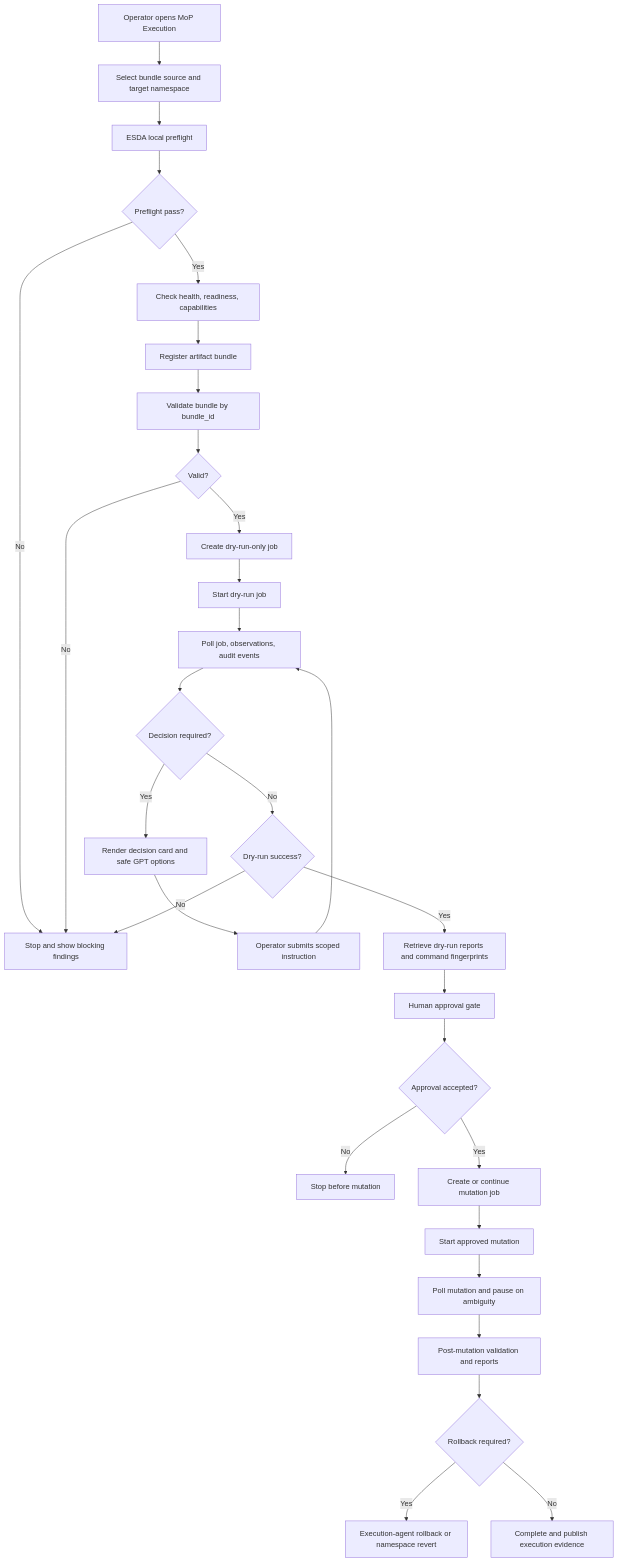
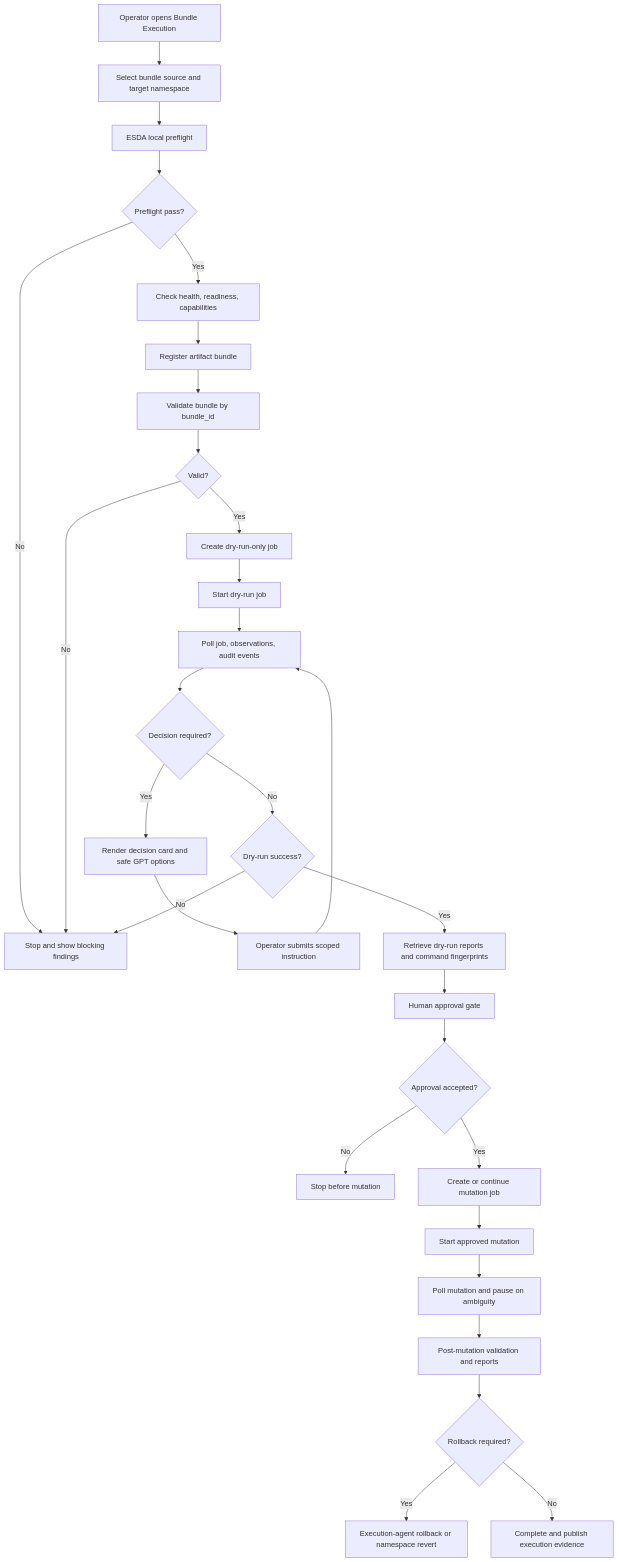
The eighth of 16 diagrams in knowledge-base/bosgenesis_esda_chatbot_lld.md (aveeshek/bosgenesis-esda), drawn with Mermaid before and after one commit. The commit also changed other lines of this file and 28 other files, not shown here.

````diff
--- a/knowledge-base/bosgenesis_esda_chatbot_lld.md
+++ b/knowledge-base/bosgenesis_esda_chatbot_lld.md
@@ -2227,32 +2248,32 @@
 ```mermaid
 flowchart TD
-    A[Operator opens MoP Execution] --> B[Select bundle source and target namespace]
+    A[Operator opens Bundle Execution] --> B[Select bundle source and target namespace]
     B --> C[ESDA local preflight]
     C --> D{Preflight pass?}
     D -->|No| X[Stop and show blocking findings]
     D -->|Yes| E[Check health, readiness, capabilities]
     E --> F[Register artifact bundle]
     F --> G[Validate bundle by bundle_id]
     G --> H{Valid?}
     H -->|No| X
     H -->|Yes| I[Create dry-run-only job]
     I --> J[Start dry-run job]
     J --> K[Poll job, observations, audit events]
     K --> L{Decision required?}
     L -->|Yes| M[Render decision card and safe GPT options]
     M --> N[Operator submits scoped instruction]
     N --> K
     L -->|No| O{Dry-run success?}
     O -->|No| X
     O -->|Yes| P[Retrieve dry-run reports and command fingerprints]
     P --> Q[Human approval gate]
     Q --> R{Approval accepted?}
     R -->|No| S[Stop before mutation]
     R -->|Yes| T[Create or continue mutation job]
     T --> U[Start approved mutation]
     U --> V[Poll mutation and pause on ambiguity]
     V --> W[Post-mutation validation and reports]
     W --> Y{Rollback required?}
     Y -->|Yes| Z[Execution-agent rollback or namespace revert]
     Y -->|No| AA[Complete and publish execution evidence]
 ```
````
